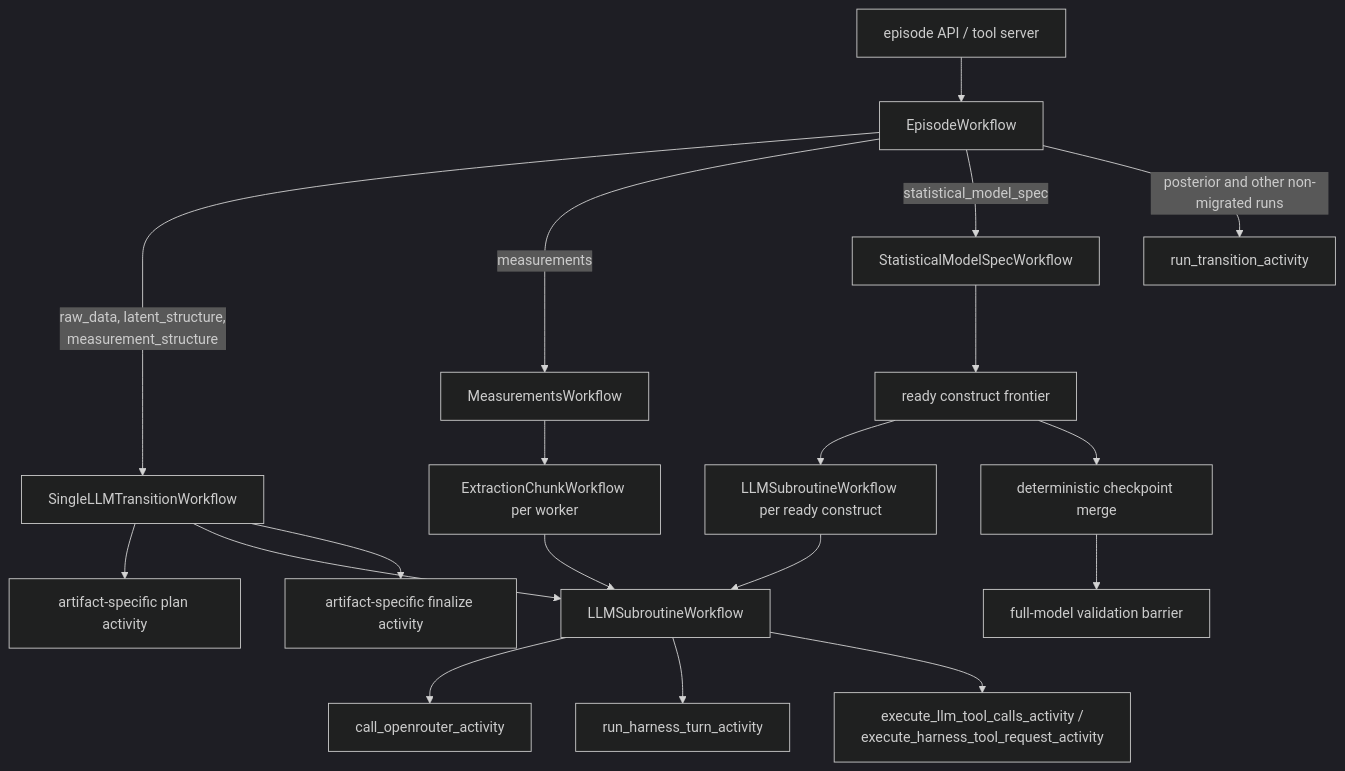
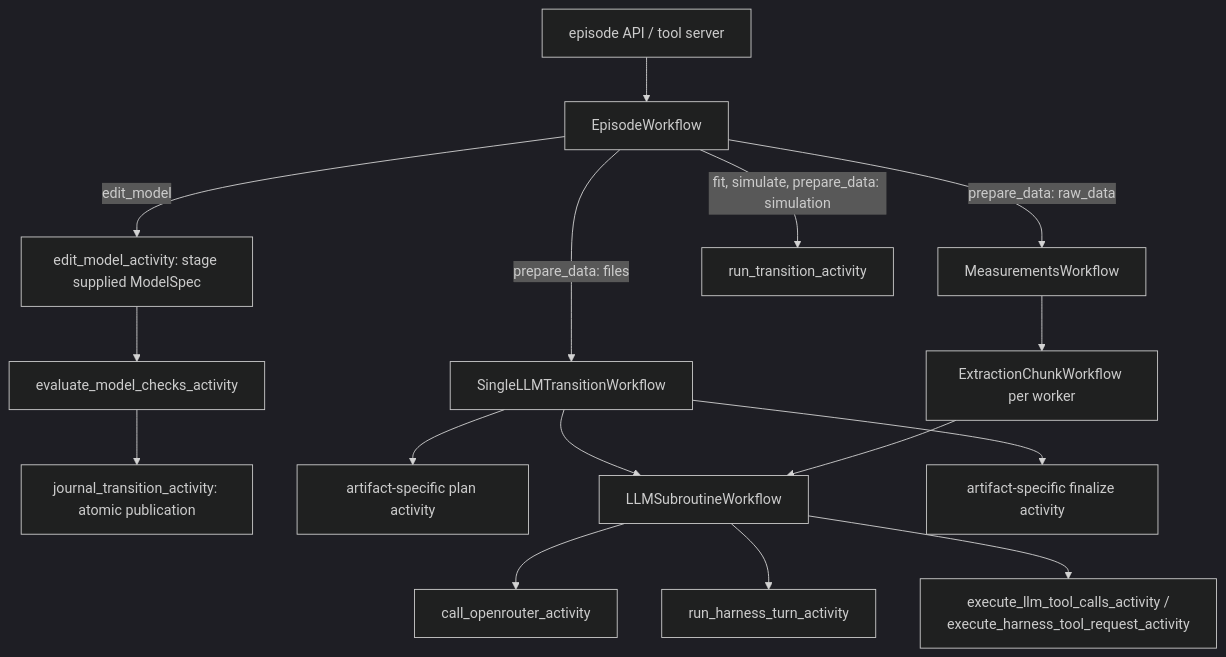
Before and after one commit to ma9o/nof1-causal-lab: the diagram in docs/design/temporal-llm-orchestration.md, drawn with Mermaid (dark theme). The commit also changed other lines of this file and 37 other files, not shown here.

First line of the commit message:
Checkpoint action-flow documentation and agent guidance

````diff
--- a/docs/design/temporal-llm-orchestration.md
+++ b/docs/design/temporal-llm-orchestration.md
@@ -26,26 +26,22 @@
 ```mermaid
 flowchart TB
     API["episode API / tool server"] --> EP["EpisodeWorkflow"]
 
-    EP -->|"raw_data, latent_structure,\nmeasurement_structure"| S["SingleLLMTransitionWorkflow"]
-    EP -->|"measurements"| M["MeasurementsWorkflow"]
-    EP -->|"statistical_model_spec"| SMS["StatisticalModelSpecWorkflow"]
-    EP -->|"posterior and other non-migrated runs"| RTA["run_transition_activity"]
+    EP -->|"edit_model"| EDIT["edit_model_activity: stage supplied ModelSpec"]
+    EDIT --> CHECK["evaluate_model_checks_activity"]
+    CHECK --> SAVE["journal_transition_activity: atomic publication"]
+    EP -->|"prepare_data: files"| S["SingleLLMTransitionWorkflow"]
+    EP -->|"prepare_data: raw_data"| M["MeasurementsWorkflow"]
+    EP -->|"fit, simulate, prepare_data: simulation"| RTA["run_transition_activity"]
 
     S --> PLAN["artifact-specific plan activity"]
     S --> LLM["LLMSubroutineWorkflow"]
     S --> FINAL["artifact-specific finalize activity"]
 
     M --> CHUNK["ExtractionChunkWorkflow per worker"]
     CHUNK --> LLM
 
-    SMS --> FRONTIER["ready construct frontier"]
-    FRONTIER --> ATTEMPT["LLMSubroutineWorkflow per ready construct"]
-    ATTEMPT --> LLM
-    FRONTIER --> MERGE["deterministic checkpoint merge"]
-    MERGE --> BARRIER["full-model validation barrier"]
-
     LLM --> OR["call_openrouter_activity"]
     LLM --> H["run_harness_turn_activity"]
     LLM --> T["execute_llm_tool_calls_activity /\nexecute_harness_tool_request_activity"]
 ```
````
